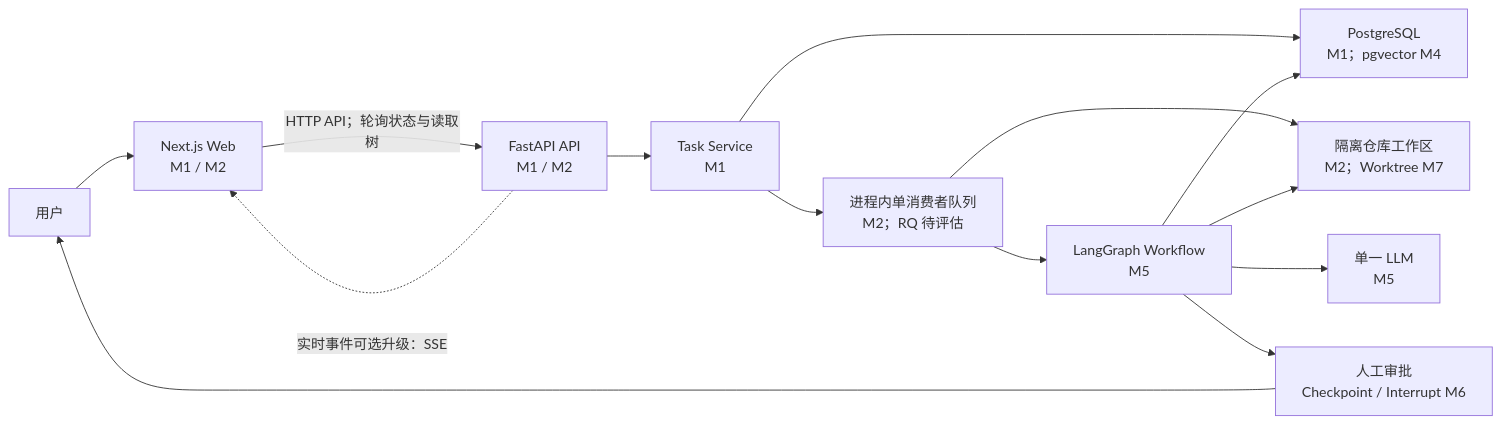
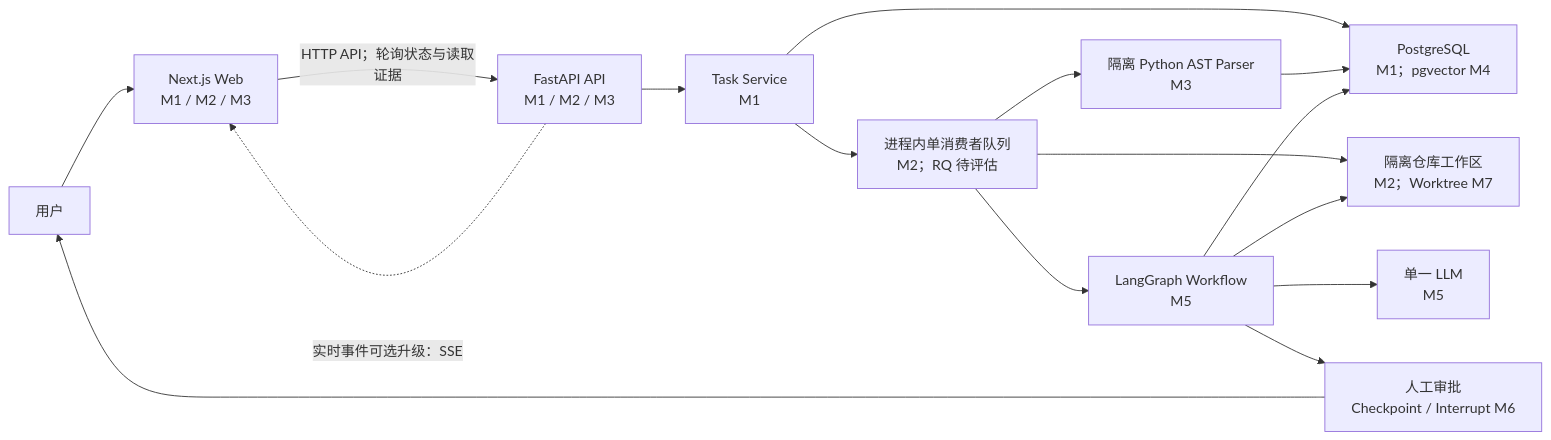
One commit to guiwenhui/IssuePilot changed the first of 2 diagrams in docs/architecture.md. Above: the diagram before and after it, drawn with Mermaid. The commit also changed other lines of this file and 51 other files, not shown here.

````diff
--- a/docs/architecture.md
+++ b/docs/architecture.md
@@ -9,16 +9,18 @@
 ```mermaid
 flowchart LR
-    User["用户"] --> Web["Next.js Web\nM1 / M2"]
-    Web -->|"HTTP API；轮询状态与读取树"| API["FastAPI API\nM1 / M2"]
+    User["用户"] --> Web["Next.js Web\nM1 / M2 / M3"]
+    Web -->|"HTTP API；轮询状态与读取证据"| API["FastAPI API\nM1 / M2 / M3"]
     API --> Service["Task Service\nM1"]
     Service --> DB["PostgreSQL\nM1；pgvector M4"]
     Service --> Worker["进程内单消费者队列\nM2；RQ 待评估"]
     Worker --> Repo["隔离仓库工作区\nM2；Worktree M7"]
+    Worker --> Parser["隔离 Python AST Parser\nM3"]
+    Parser --> DB
     Worker --> Graph["LangGraph Workflow\nM5"]
     Graph --> Model["单一 LLM\nM5"]
     Graph --> DB
     Graph --> Repo
     Graph --> Approval["人工审批\nCheckpoint / Interrupt M6"]
     Approval --> User
     API -.->|"实时事件可选升级：SSE"| Web
 ```
````
